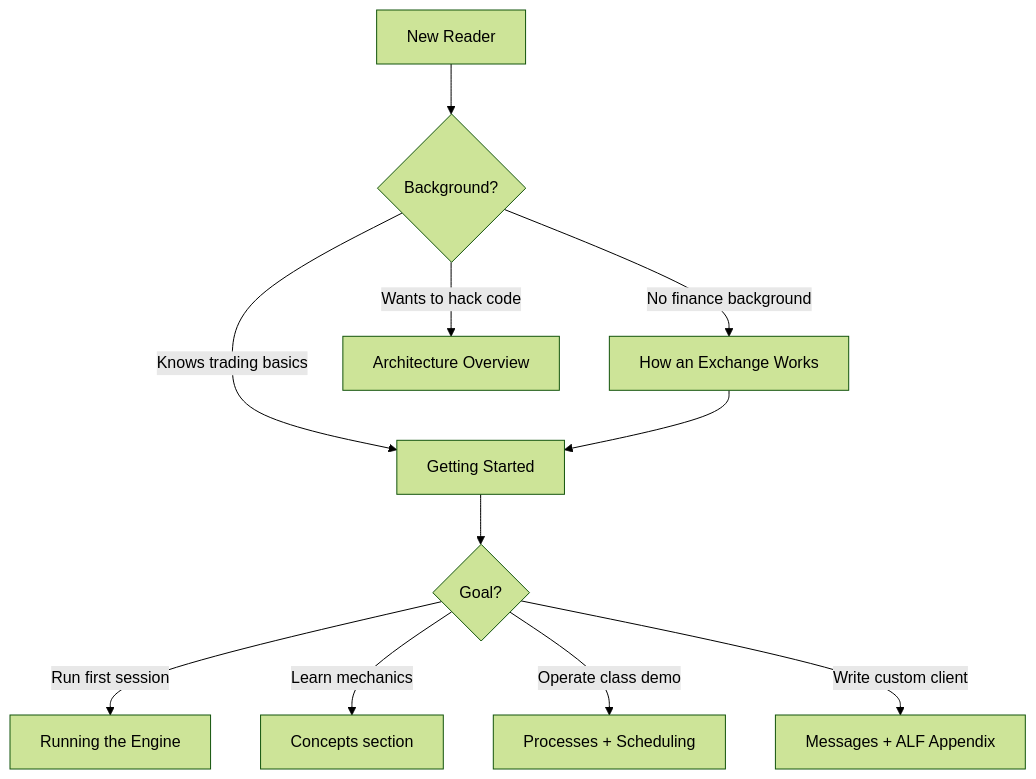
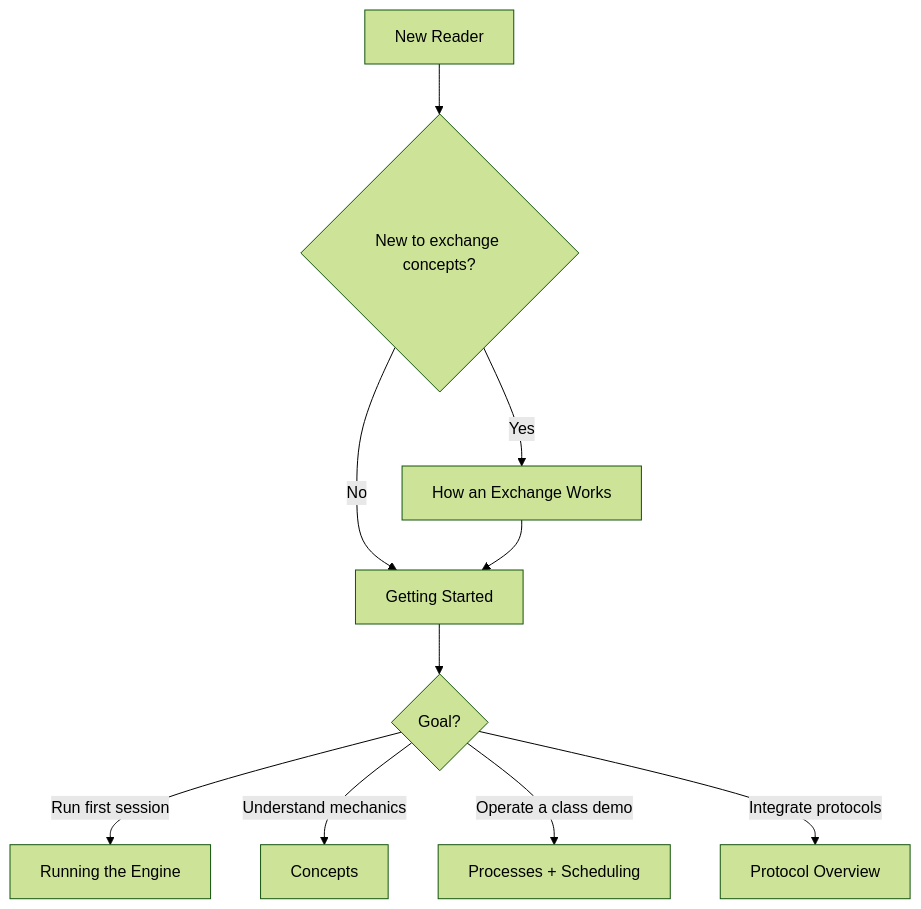
One commit to johan162/EduMatcher changed the first of 2 diagrams in docs/index.md. Above: the diagram before and after it, drawn with Mermaid (forest theme). The commit also changed other lines of this file and 5 other files, not shown here.

````diff
--- a/docs/index.md
+++ b/docs/index.md
@@ -24,13 +27,12 @@
 ```mermaid
 flowchart TD
-  A[New Reader] --> B{Background?}
-  B -->|No finance background| C[How an Exchange Works]
-  B -->|Knows trading basics| D[Getting Started]
-  B -->|Wants to hack code| E[Architecture Overview]
+  A[New Reader] --> B{New to exchange concepts?}
+  B -->|Yes| C[How an Exchange Works]
+  B -->|No| D[Getting Started]
   C --> D
-  D --> F{Goal?}
-  F -->|Run first session| G[Running the Engine]
-  F -->|Learn mechanics| H[Concepts section]
-  F -->|Operate class demo| I[Processes + Scheduling]
-  F -->|Write custom client| J[Messages + ALF Appendix]
+  D --> E{Goal?}
+  E -->|Run first session| F[Running the Engine]
+  E -->|Understand mechanics| G[Concepts]
+  E -->|Operate a class demo| H[Processes + Scheduling]
+  E -->|Integrate protocols| I[Protocol Overview]
 ```
````
